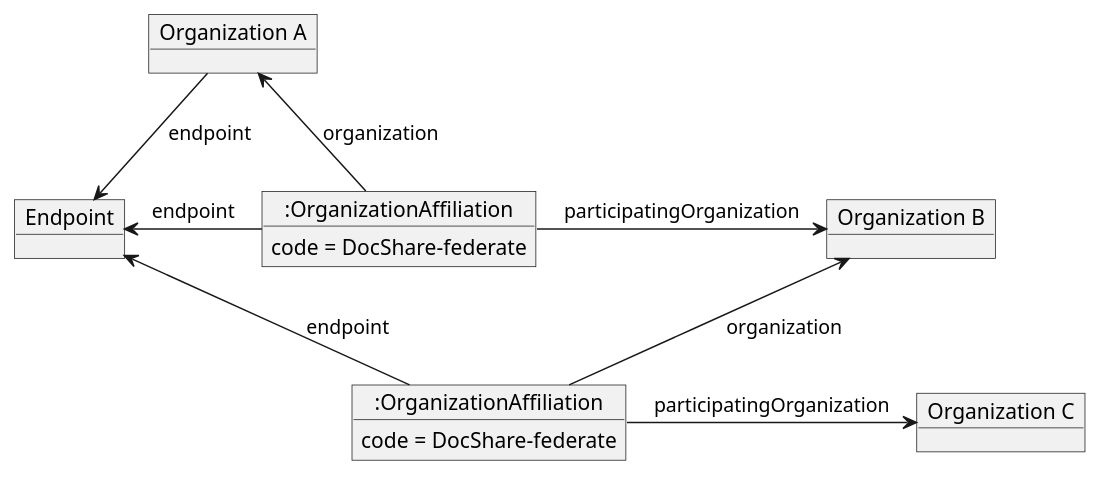
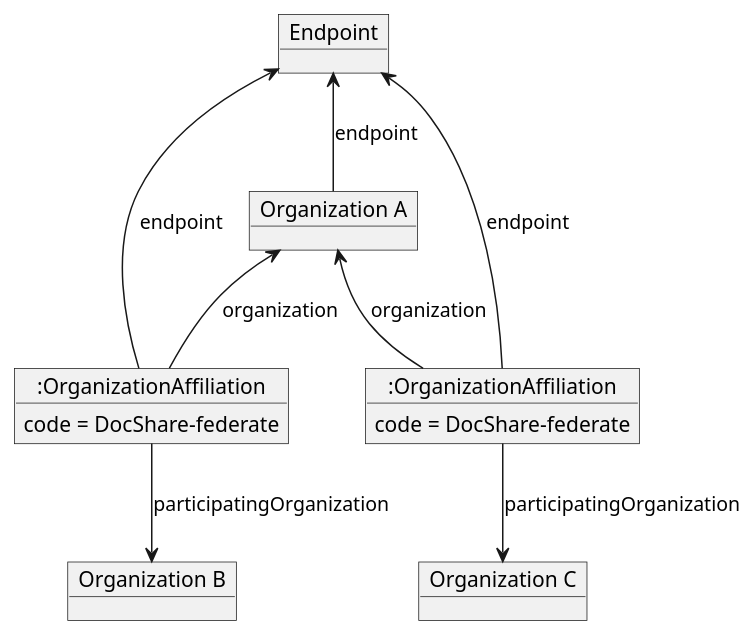
Before and after one commit to IHE/ITI.mCSD: the diagram in input/images-source/dir-endpoint-to-org-affiliates.plantuml, drawn with PlantUML.

```diff
--- a/input/images-source/dir-endpoint-to-org-affiliates.plantuml
+++ b/input/images-source/dir-endpoint-to-org-affiliates.plantuml
@@ -1,21 +1,21 @@
 @startuml
 hide footbox
 
 object "Organization A" as OrganizationA
 object "Organization B" as OrganizationB
 object "Endpoint" as EndpointA
 object "Organization C" as OrganizationC
 object ":OrganizationAffiliation" as OrgAff
 OrgAff : code = DocShare-federate
-OrgAff -> OrganizationB : participatingOrganization
+OrgAff --> OrganizationB : participatingOrganization
 OrganizationA <-- OrgAff : organization
 object ":OrganizationAffiliation" as OrgAff2
 OrgAff2 : code = DocShare-federate
-OrgAff2 -> OrganizationC : participatingOrganization
-OrganizationB <-- OrgAff2 : organization
+OrgAff2 --> OrganizationC : participatingOrganization
+OrganizationA <-- OrgAff2 : organization
 
-OrganizationA -> EndpointA : endpoint
+EndpointA <-- OrganizationA : endpoint
 EndpointA <- OrgAff : endpoint
 EndpointA <- OrgAff2 : endpoint
 
 @enduml
```
